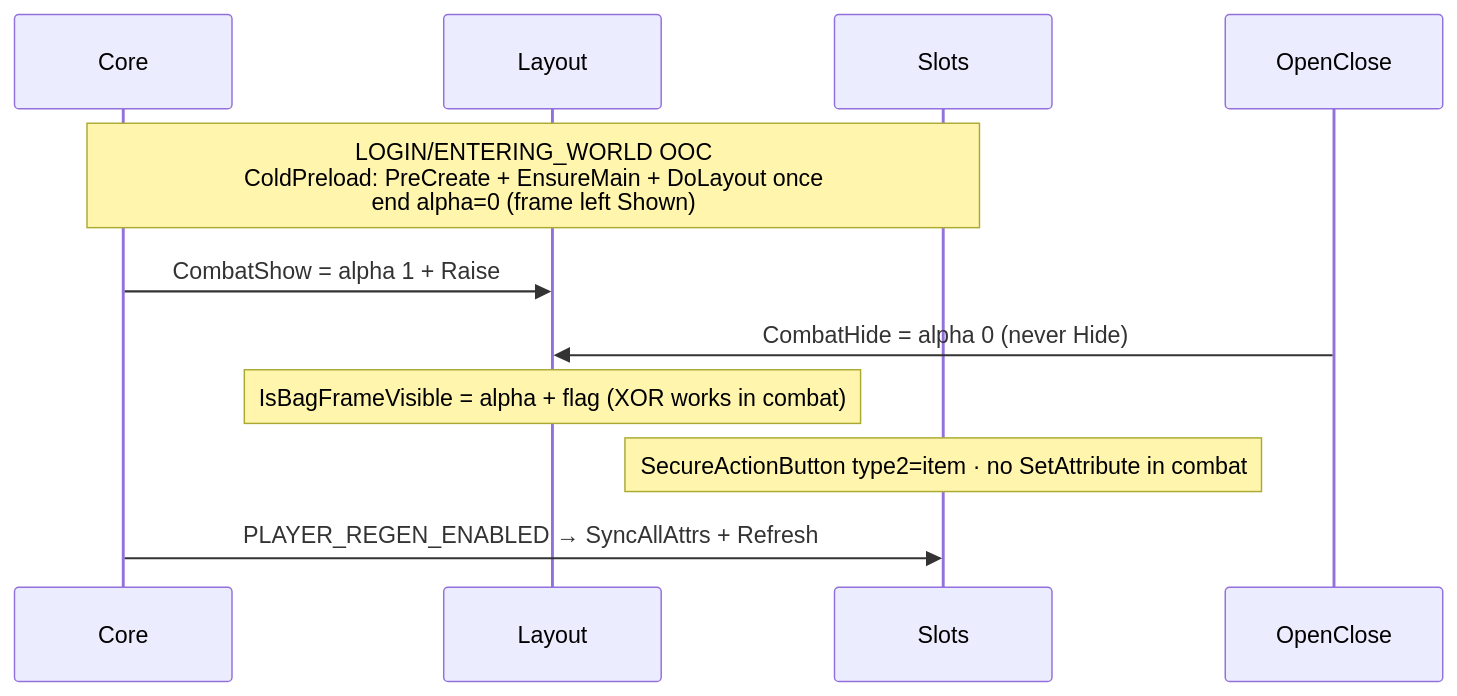
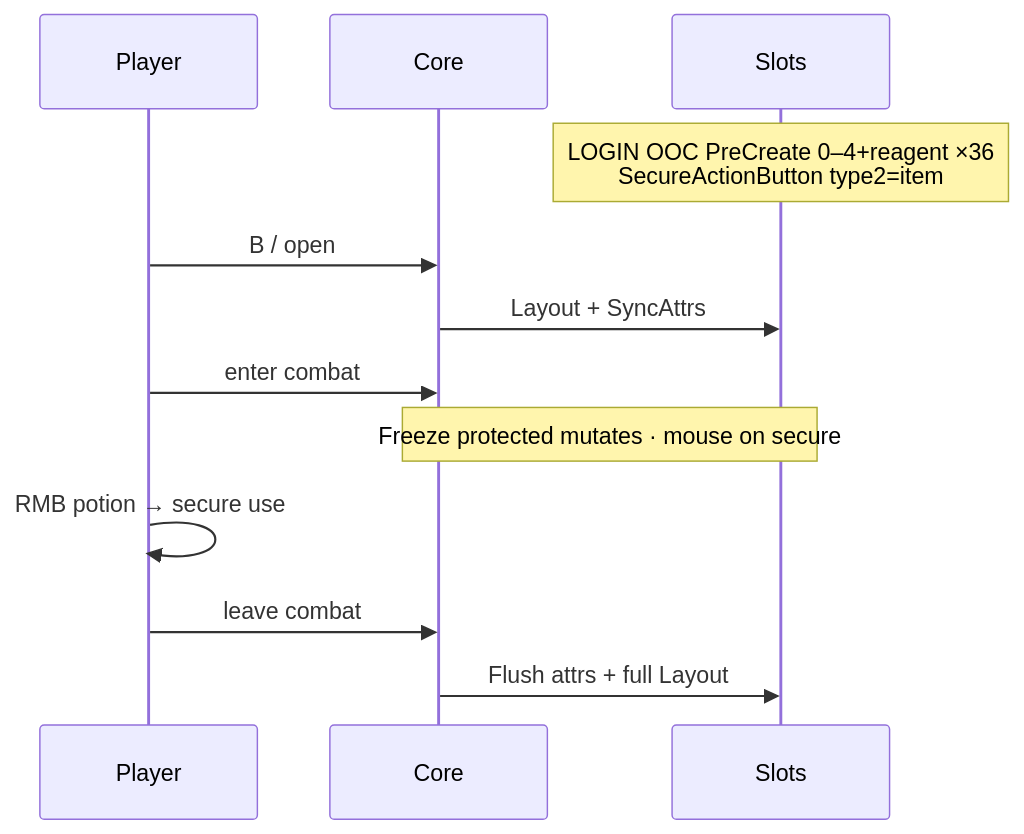
One commit to sirTurbisCZ/wow-forever-addons changed the third of 8 diagrams in addons/BetterBackpack/Docs/loops.md. Above: the diagram before and after it, drawn with Mermaid. The commit also changed other lines of this file and 6 other files, not shown here.

````diff
--- a/addons/BetterBackpack/Docs/loops.md
+++ b/addons/BetterBackpack/Docs/loops.md
@@ -105,14 +104,15 @@
 ```mermaid
 sequenceDiagram
+  participant P as Player
   participant C as Core
-  participant L as Layout
   participant S as Slots
-  participant OC as OpenClose
 
-  Note over C,S: LOGIN/ENTERING_WORLD OOC<br/>ColdPreload: PreCreate + EnsureMain + DoLayout once<br/>end alpha=0 (frame left Shown)
-  C->>L: CombatShow = alpha 1 + Raise
-  OC->>L: CombatHide = alpha 0 (never Hide)
-  Note over L: IsBagFrameVisible = alpha + flag (XOR works in combat)
-  Note over S: SecureActionButton type2=item · no SetAttribute in combat
-  C->>S: PLAYER_REGEN_ENABLED → SyncAllAttrs + Refresh
+  Note over S: LOGIN OOC PreCreate 0–4+reagent ×36<br/>SecureActionButton type2=item
+  P->>C: B / open
+  C->>S: Layout + SyncAttrs
+  P->>C: enter combat
+  Note over C,S: Freeze protected mutates · mouse on secure
+  P->>P: RMB potion → secure use
+  P->>C: leave combat
+  C->>S: Flush attrs + full Layout
 ```
````
